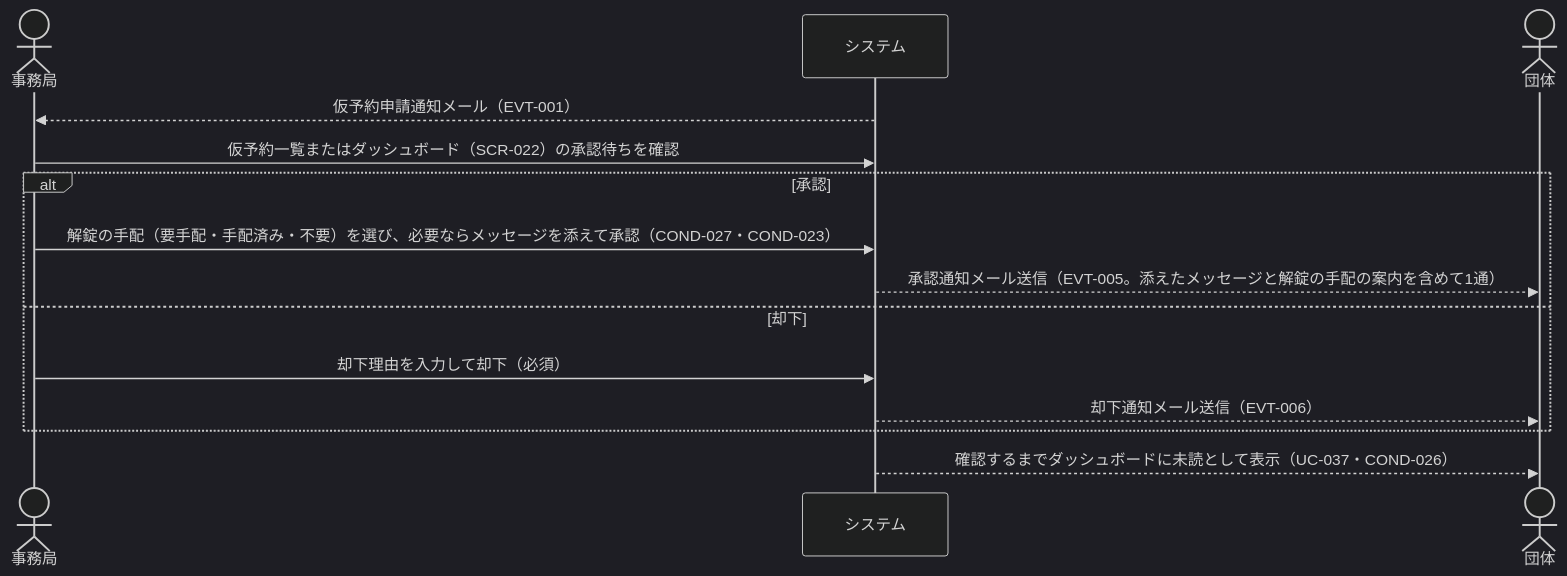
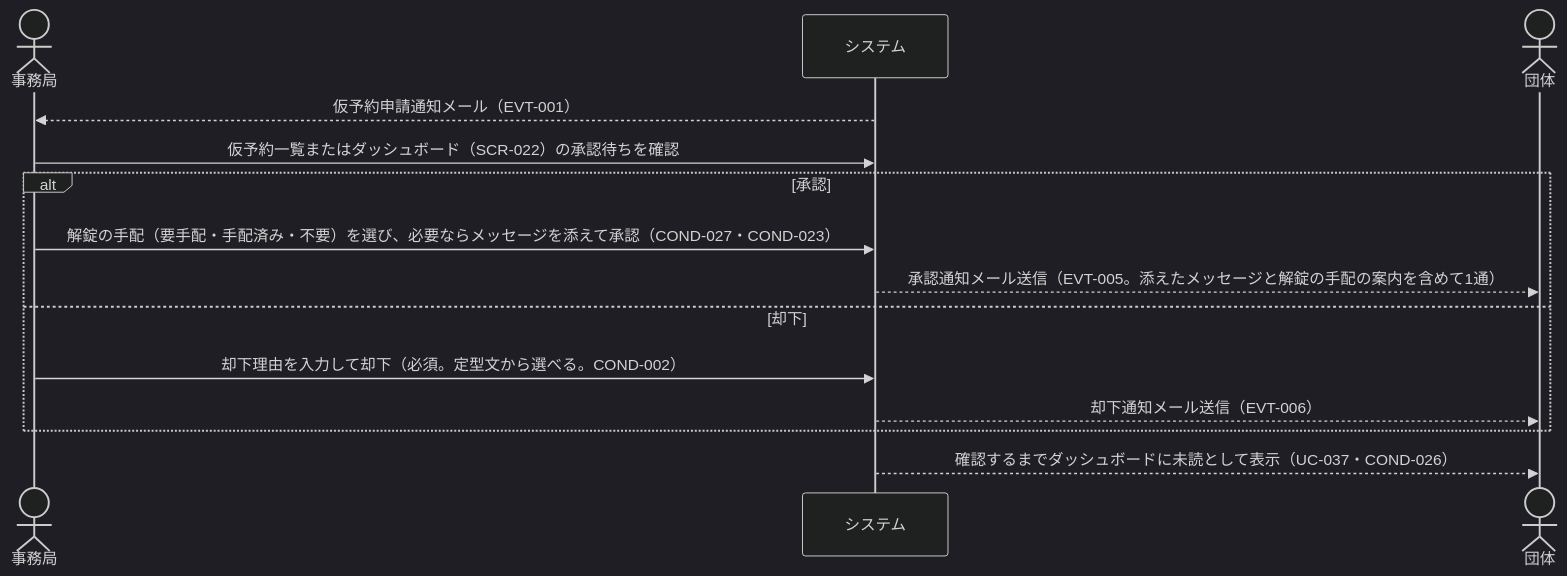
One commit to gdsc-osaka/iclub-reserve changed the second of 6 diagrams in rdra/contexts/reservation-approval.md. Above: the diagram before and after it, drawn with Mermaid (dark theme). The commit also changed other lines of this file and 2 other files, not shown here.

````diff
--- a/rdra/contexts/reservation-approval.md
+++ b/rdra/contexts/reservation-approval.md
@@ -310,17 +310,17 @@
 ```mermaid
 sequenceDiagram
     actor 事務局
     participant システム
     actor 団体
 
     システム-->>事務局: 仮予約申請通知メール（EVT-001）
     事務局->>システム: 仮予約一覧またはダッシュボード（SCR-022）の承認待ちを確認
     alt 承認
         事務局->>システム: 解錠の手配（要手配・手配済み・不要）を選び、必要ならメッセージを添えて承認（COND-027・COND-023）
         システム-->>団体: 承認通知メール送信（EVT-005。添えたメッセージと解錠の手配の案内を含めて1通）
     else 却下
-        事務局->>システム: 却下理由を入力して却下（必須）
+        事務局->>システム: 却下理由を入力して却下（必須。定型文から選べる。COND-002）
         システム-->>団体: 却下通知メール送信（EVT-006）
     end
     システム-->>団体: 確認するまでダッシュボードに未読として表示（UC-037・COND-026）
 ```
````
